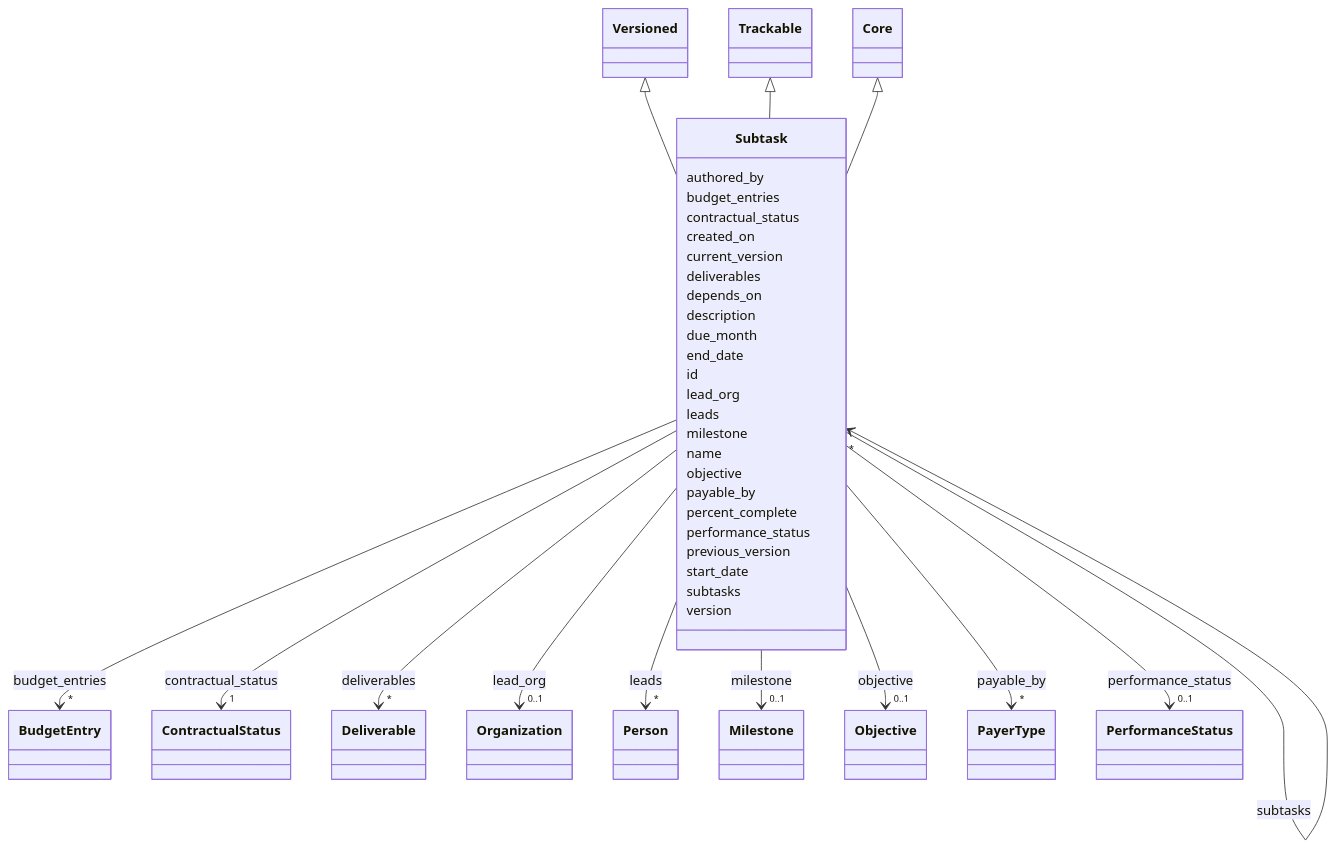
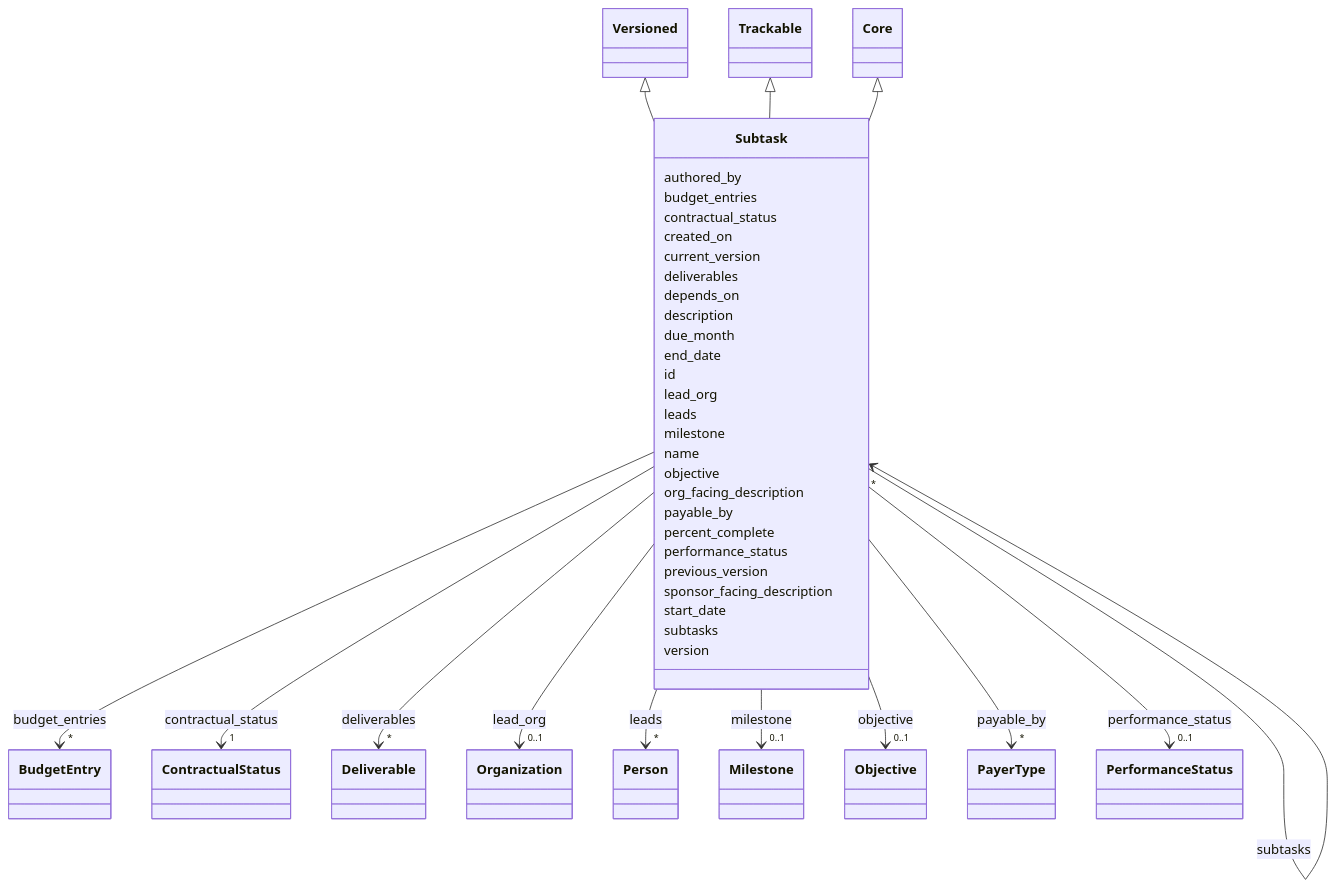
Before and after one commit to collabri-community/core: the diagram in docs/Subtask.md, drawn with Mermaid. The commit also changed other lines of this file and 8 other files, not shown here.

First line of the commit message:
schema: add sponsor and org narratives on Subtask (v0.5.5)

```diff
--- a/docs/Subtask.md
+++ b/docs/Subtask.md
@@ -137,6 +139,8 @@
     
 
         
+      Subtask : org_facing_description
+        
       Subtask : payable_by
         
           
@@ -163,6 +167,8 @@
         
       Subtask : previous_version
         
+      Subtask : sponsor_facing_description
+        
       Subtask : start_date
         
       Subtask : subtasks
```
